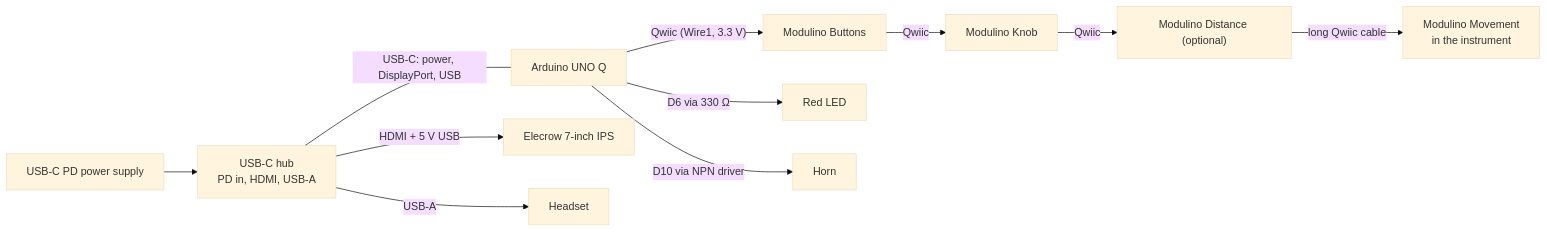
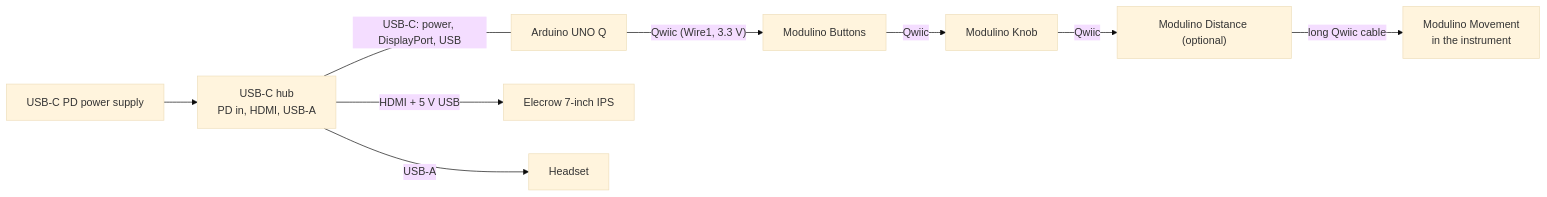
The first of 2 diagrams in README.md (JustCodeX/steadyHands), drawn with Mermaid (base theme) before and after one commit. The commit also changed other lines of this file and 19 other files, not shown here.

First line of the commit message:
Remove the horn and the red LED from firmware, app and docs

````diff
--- a/README.md
+++ b/README.md
@@ -27,13 +27,11 @@
 ```mermaid
 flowchart LR
   PSU["USB-C PD power supply"] --> HUB["USB-C hub<br/>PD in, HDMI, USB-A"]
   HUB -- "USB-C: power, DisplayPort, USB" --- Q["Arduino UNO Q"]
   HUB -- "HDMI + 5 V USB" --> DISP["Elecrow 7-inch IPS"]
   HUB -- "USB-A" --> HS["Headset"]
   Q -- "Qwiic (Wire1, 3.3 V)" --> B["Modulino Buttons"]
   B -- "Qwiic" --> K["Modulino Knob"]
   K -- "Qwiic" --> DI["Modulino Distance (optional)"]
   DI -- "long Qwiic cable" --> M["Modulino Movement<br/>in the instrument"]
-  Q -- "D6 via 330 Ω" --> LED["Red LED"]
-  Q -- "D10 via NPN driver" --> HORN["Horn"]
 ```
````
